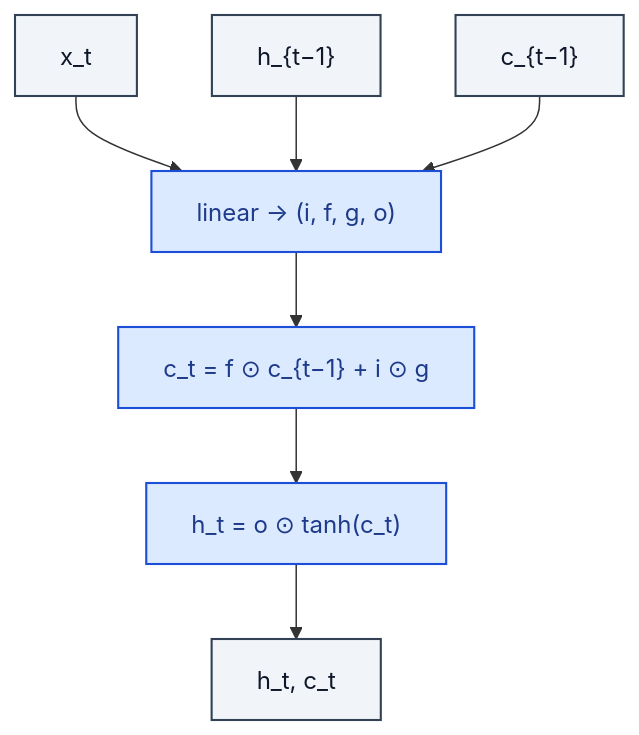
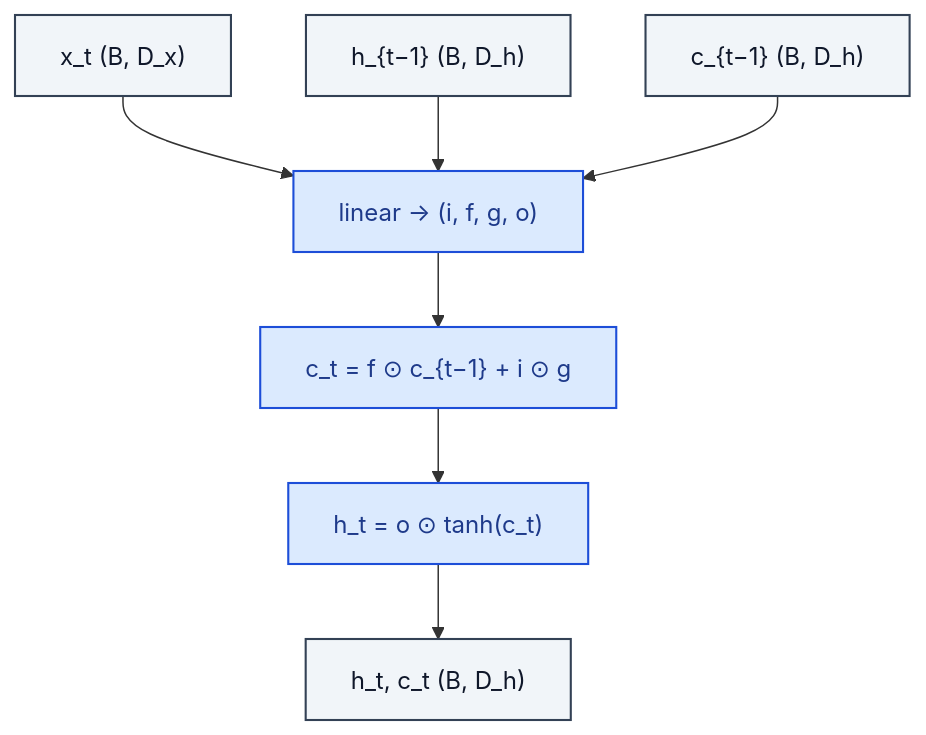
Before and after one commit to RealityShifts/Srivastava-book-of-Blocks-diagrams: the diagram in sequence/LSTMCell.md, drawn with Mermaid. The commit also changed 123 other files, not shown here.

````diff
--- a/sequence/LSTMCell.md
+++ b/sequence/LSTMCell.md
@@ -7,25 +7,26 @@
 ```mermaid
 flowchart TD
-    n0_0["x_t"]:::io
-    n0_1["h_{t−1}"]:::io
-    n0_2["c_{t−1}"]:::io
+    n0_0["x_t  (B, D_x)"]:::io
+    n0_1["h_{t−1}  (B, D_h)"]:::io
+    n0_2["c_{t−1}  (B, D_h)"]:::io
     n1_0["linear → (i, f, g, o)"]:::op
     n2_0["c_t = f ⊙ c_{t−1} + i ⊙ g"]:::op
     n3_0["h_t = o ⊙ tanh(c_t)"]:::op
-    n4_0["h_t, c_t"]:::io
+    n4_0["h_t, c_t  (B, D_h)"]:::io
     n0_0 --> n1_0
     n0_1 --> n1_0
     n0_2 --> n1_0
     n1_0 --> n2_0
     n2_0 --> n3_0
     n3_0 --> n4_0
     classDef io fill:#f1f5f9,stroke:#334155,stroke-width:1.4px,color:#0f172a
     classDef op fill:#dbeafe,stroke:#1d4ed8,stroke-width:1.4px,color:#1e3a8a
     classDef norm fill:#dcfce7,stroke:#15803d,stroke-width:1.4px,color:#14532d
     classDef act fill:#ffedd5,stroke:#c2410c,stroke-width:1.4px,color:#7c2d12
     classDef attn fill:#ede9fe,stroke:#6d28d9,stroke-width:1.4px,color:#4c1d95
     classDef merge fill:#fef3c7,stroke:#b45309,stroke-width:1.4px,color:#78350f
     classDef emb fill:#fef9c3,stroke:#a16207,stroke-width:1.4px,color:#713f12
     classDef loss fill:#fee2e2,stroke:#b91c1c,stroke-width:1.4px,color:#7f1d1d
     classDef ctrl fill:#f5f5f4,stroke:#52525b,stroke-width:1.4px,color:#27272a
+    classDef ref fill:#e0f2fe,stroke:#0369a1,stroke-width:2px,color:#0c4a6e,stroke-dasharray: 4 2
 ```
````
